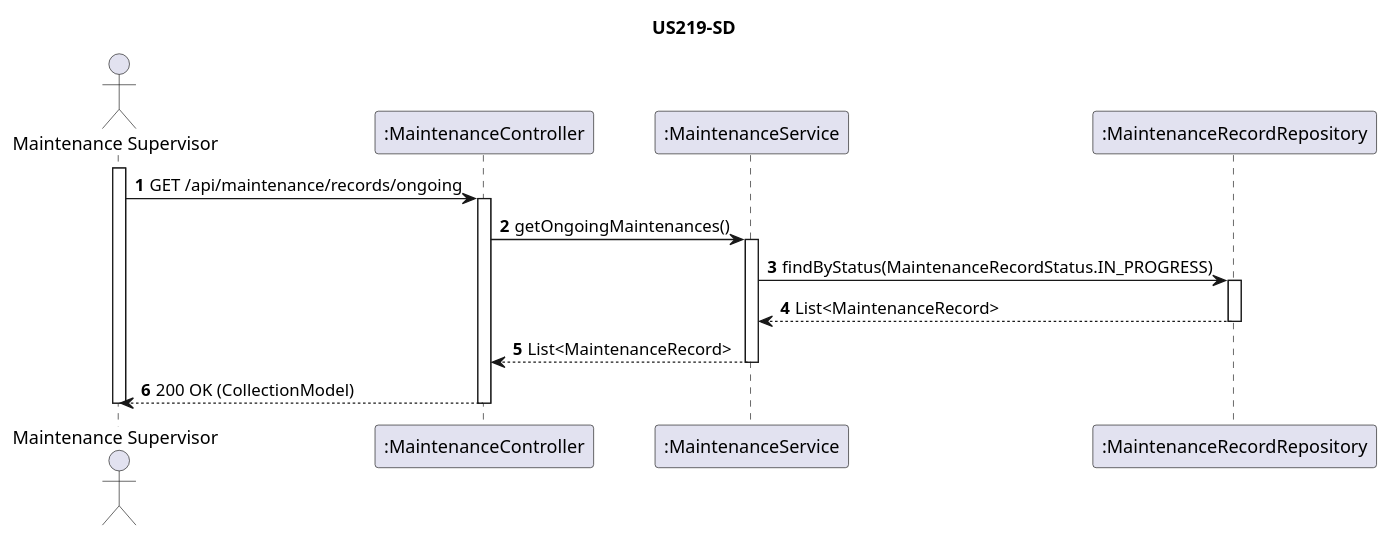
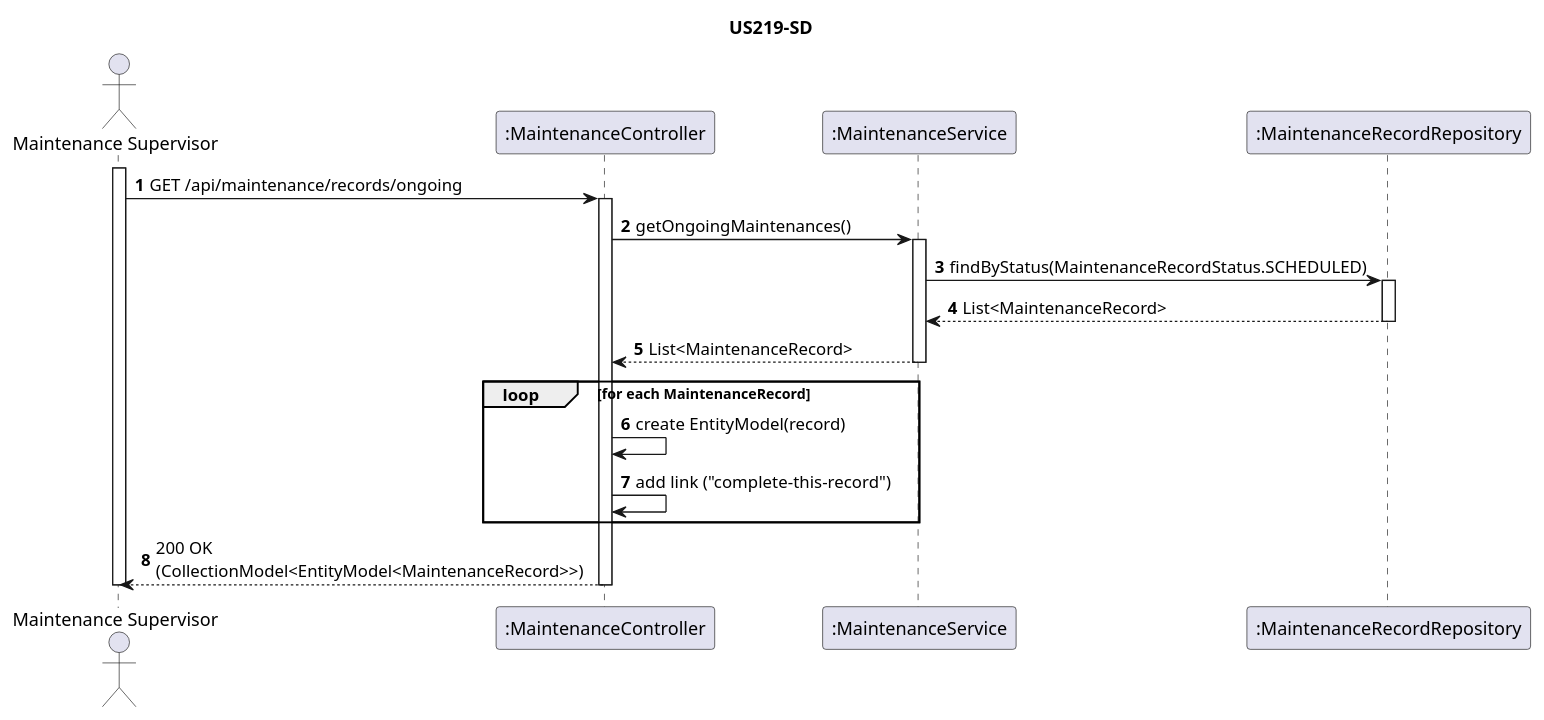
The diagram in docs/WP#4B- Enhanced Maintenance Management/US219/US219-SD.puml (anamartasilvaa/PSOFT_AISafe_Flight), drawn with PlantUML before and after one commit. The commit also changed 12 other files, not shown here.

```diff
--- a/docs/WP#4B- Enhanced Maintenance Management/US219/US219-SD.puml
+++ b/docs/WP#4B- Enhanced Maintenance Management/US219/US219-SD.puml
@@ -1,27 +1,32 @@
 @startuml
 title US219-SD
 autonumber
 actor "Maintenance Supervisor" as Supervisor
 participant ":MaintenanceController" as Ctrl
 participant ":MaintenanceService" as Service
 participant ":MaintenanceRecordRepository" as Repo
 
 activate Supervisor
 Supervisor -> Ctrl : GET /api/maintenance/records/ongoing
 activate Ctrl
 
 Ctrl -> Service : getOngoingMaintenances()
 activate Service
 
-Service -> Repo : findByStatus(MaintenanceRecordStatus.IN_PROGRESS)
+Service -> Repo : findByStatus(MaintenanceRecordStatus.SCHEDULED)
 activate Repo
 Repo --> Service : List<MaintenanceRecord>
 deactivate Repo
 
 Service --> Ctrl : List<MaintenanceRecord>
 deactivate Service
 
-Ctrl --> Supervisor : 200 OK (CollectionModel)
+loop for each MaintenanceRecord
+    Ctrl -> Ctrl : create EntityModel(record)
+    Ctrl -> Ctrl : add link ("complete-this-record")
+end
+
+Ctrl --> Supervisor : 200 OK\n(CollectionModel<EntityModel<MaintenanceRecord>>)
 deactivate Ctrl
 deactivate Supervisor
 @enduml
```
